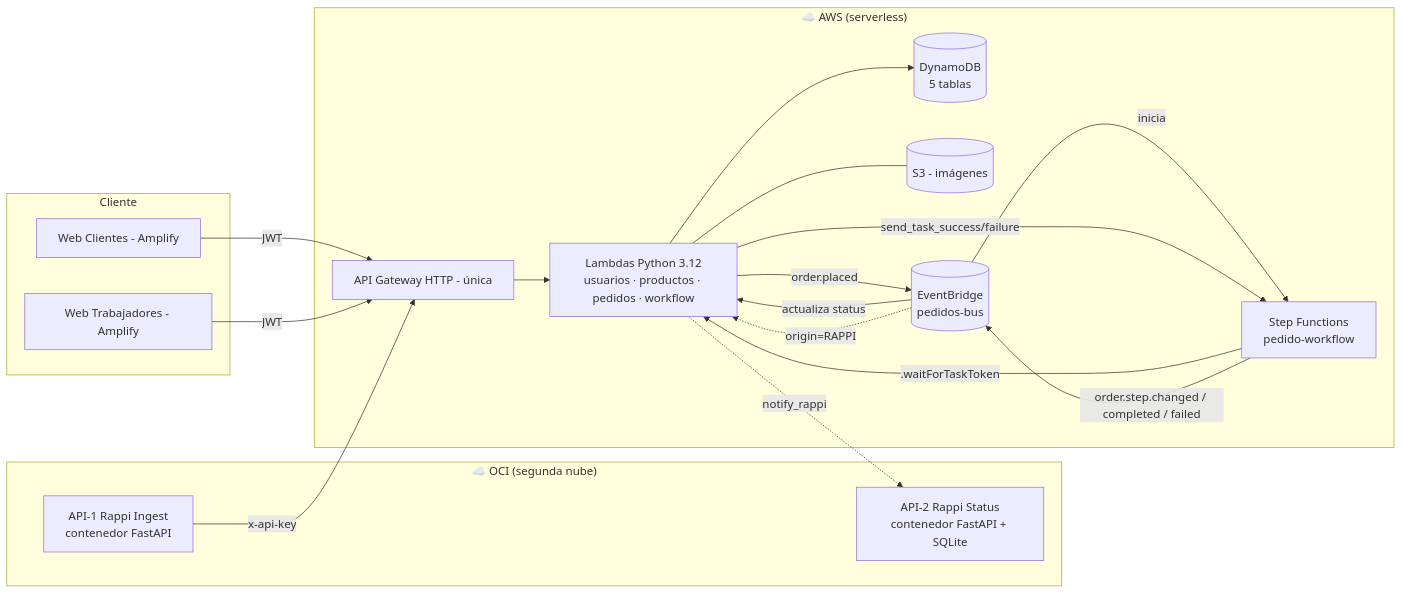
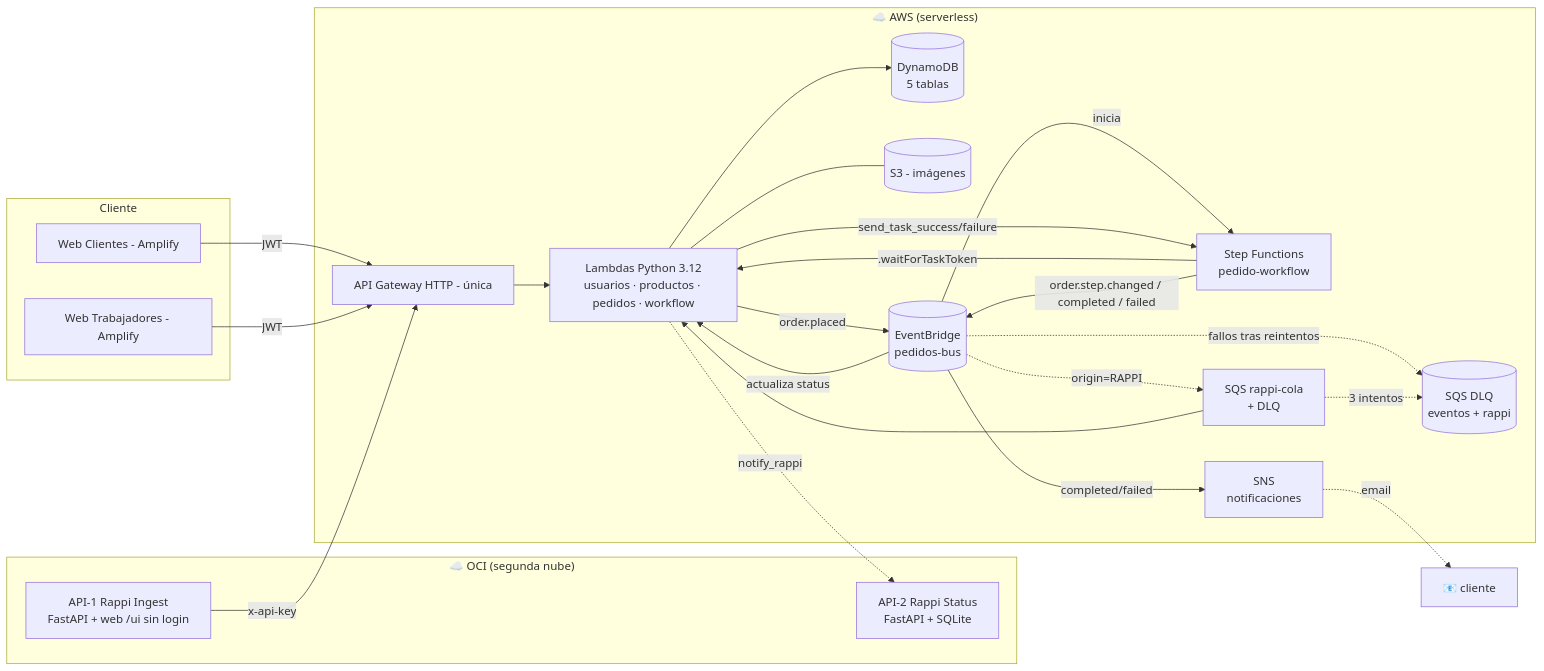
The diagram in README.md (oswaldoaqm/pruebascloud), drawn with Mermaid before and after one commit. The commit also changed other lines of this file and 5 other files, not shown here.

````diff
--- a/README.md
+++ b/README.md
@@ -68,34 +72,42 @@
 ```mermaid
 flowchart LR
   subgraph Cliente
     C[Web Clientes - Amplify]
     T[Web Trabajadores - Amplify]
   end
   subgraph OCI["☁️ OCI (segunda nube)"]
-    R1[API-1 Rappi Ingest<br/>contenedor FastAPI]
-    R2[API-2 Rappi Status<br/>contenedor FastAPI + SQLite]
+    R1[API-1 Rappi Ingest<br/>FastAPI + web /ui sin login]
+    R2[API-2 Rappi Status<br/>FastAPI + SQLite]
   end
   subgraph AWS["☁️ AWS (serverless)"]
     AG[API Gateway HTTP - única]
     L[Lambdas Python 3.12<br/>usuarios · productos · pedidos · workflow]
     DB[(DynamoDB<br/>5 tablas)]
     S3[(S3 - imágenes)]
     EB[(EventBridge<br/>pedidos-bus)]
     SF[Step Functions<br/>pedido-workflow]
+    Q[SQS rappi-cola<br/>+ DLQ]
+    DLQ[(SQS DLQ<br/>eventos + rappi)]
+    SNS[SNS<br/>notificaciones]
   end
 
   C -->|JWT| AG
   T -->|JWT| AG
   R1 -->|x-api-key| AG
   AG --> L
   L --> DB
   L --- S3
   L -->|order.placed| EB
   EB -->|inicia| SF
   SF -->|.waitForTaskToken| L
   L -->|send_task_success/failure| SF
   SF -->|order.step.changed / completed / failed| EB
   EB -->|actualiza status| L
-  EB -.->|origin=RAPPI| L
+  EB -.->|origin=RAPPI| Q
+  Q --> L
   L -.->|notify_rappi| R2
+  EB -->|completed/failed| SNS
+  SNS -.->|email| Mail[📧 cliente]
+  EB -.->|fallos tras reintentos| DLQ
+  Q -.->|3 intentos| DLQ
 ```
````
